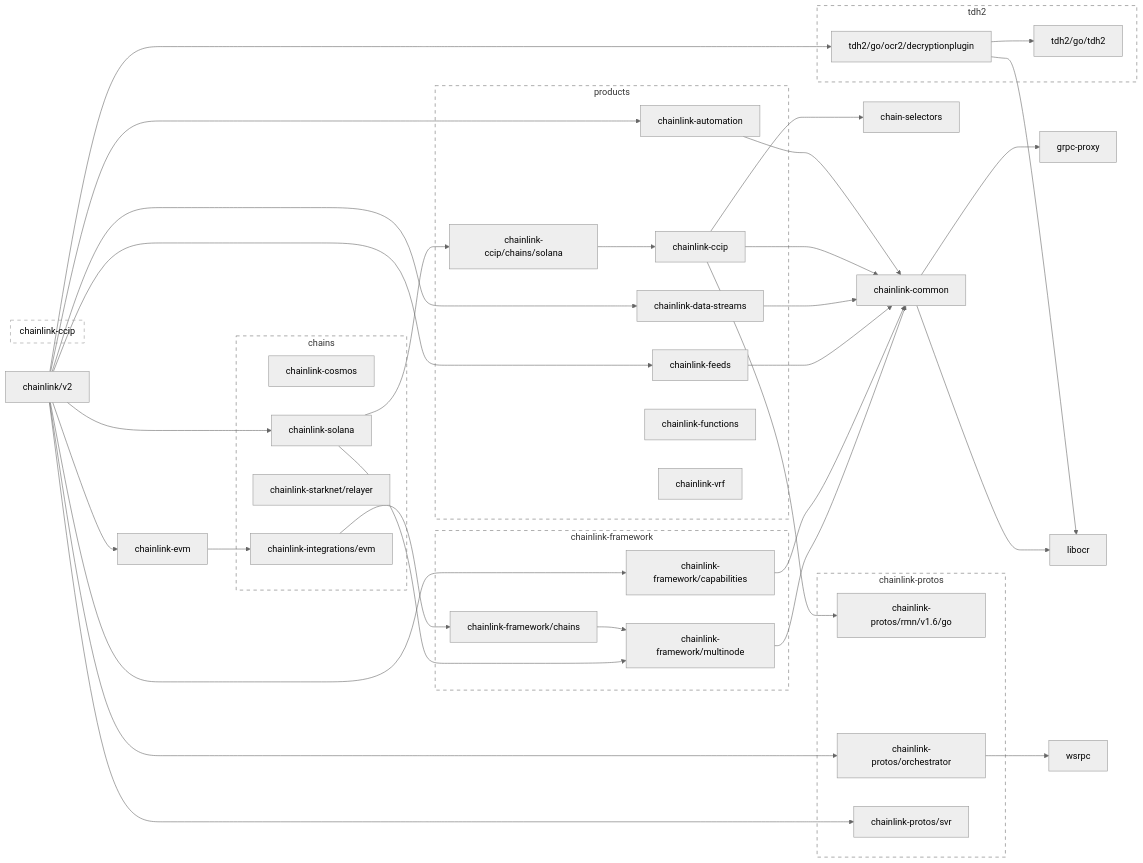
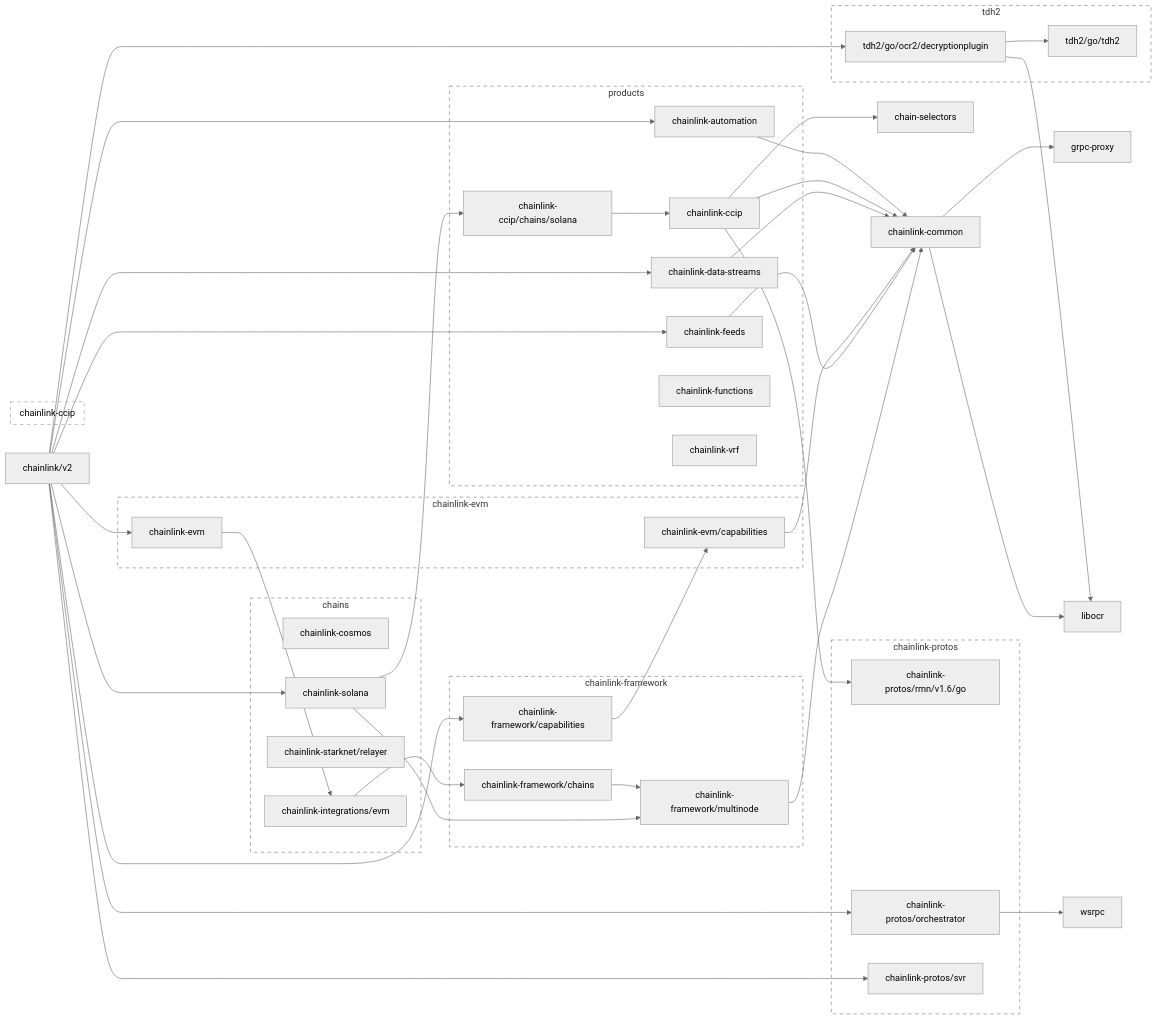
One commit to smartcontractkit/chainlink changed the first of 2 diagrams in go.md. Above: the diagram before and after it, drawn with Mermaid (neutral theme). The commit also changed other lines of this file and 15 other files, not shown here.

````diff
--- a/go.md
+++ b/go.md
@@ -39,9 +39,11 @@
 	click chainlink-data-streams href "https://github.com/smartcontractkit/chainlink-data-streams"
 	chainlink-evm --> chainlink-integrations/evm
 	click chainlink-evm href "https://github.com/smartcontractkit/chainlink-evm"
+	chainlink-evm/capabilities --> chainlink-common
+	click chainlink-evm/capabilities href "https://github.com/smartcontractkit/chainlink-evm"
 	chainlink-feeds --> chainlink-common
 	click chainlink-feeds href "https://github.com/smartcontractkit/chainlink-feeds"
-	chainlink-framework/capabilities --> chainlink-common
+	chainlink-framework/capabilities --> chainlink-evm/capabilities
 	click chainlink-framework/capabilities href "https://github.com/smartcontractkit/chainlink-framework"
 	chainlink-framework/chains --> chainlink-framework/multinode
 	click chainlink-framework/chains href "https://github.com/smartcontractkit/chainlink-framework"
@@ -86,6 +88,12 @@
 	end
 	click chainlink-ccip-repo href "https://github.com/smartcontractkit/chainlink-ccip"
 
+	subgraph chainlink-evm-repo[chainlink-evm]
+		 chainlink-evm
+		 chainlink-evm/capabilities
+	end
+	click chainlink-evm-repo href "https://github.com/smartcontractkit/chainlink-evm"
+
 	subgraph chainlink-framework-repo[chainlink-framework]
 		 chainlink-framework/capabilities
 		 chainlink-framework/chains
@@ -107,5 +115,5 @@
 	click tdh2-repo href "https://github.com/smartcontractkit/tdh2"
 
 	classDef outline stroke-dasharray:6,fill:none;
-	class chainlink-ccip-repo,chainlink-framework-repo,chainlink-protos-repo,tdh2-repo outline
+	class chainlink-ccip-repo,chainlink-evm-repo,chainlink-framework-repo,chainlink-protos-repo,tdh2-repo outline
 ```
````
